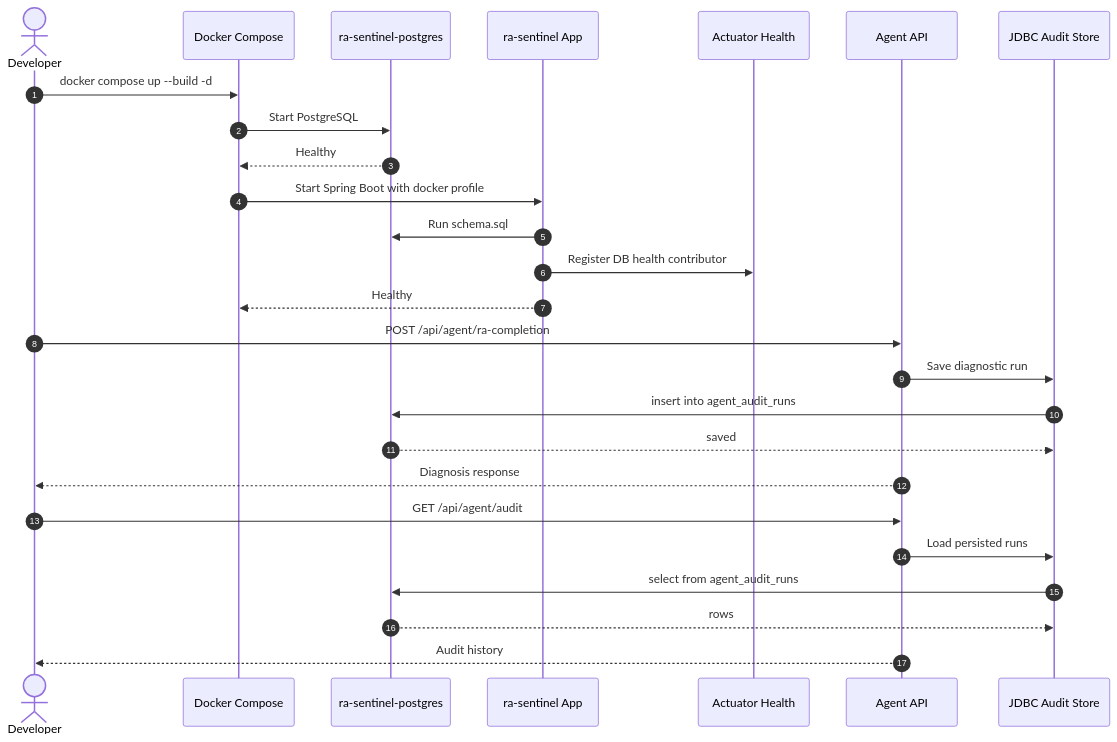
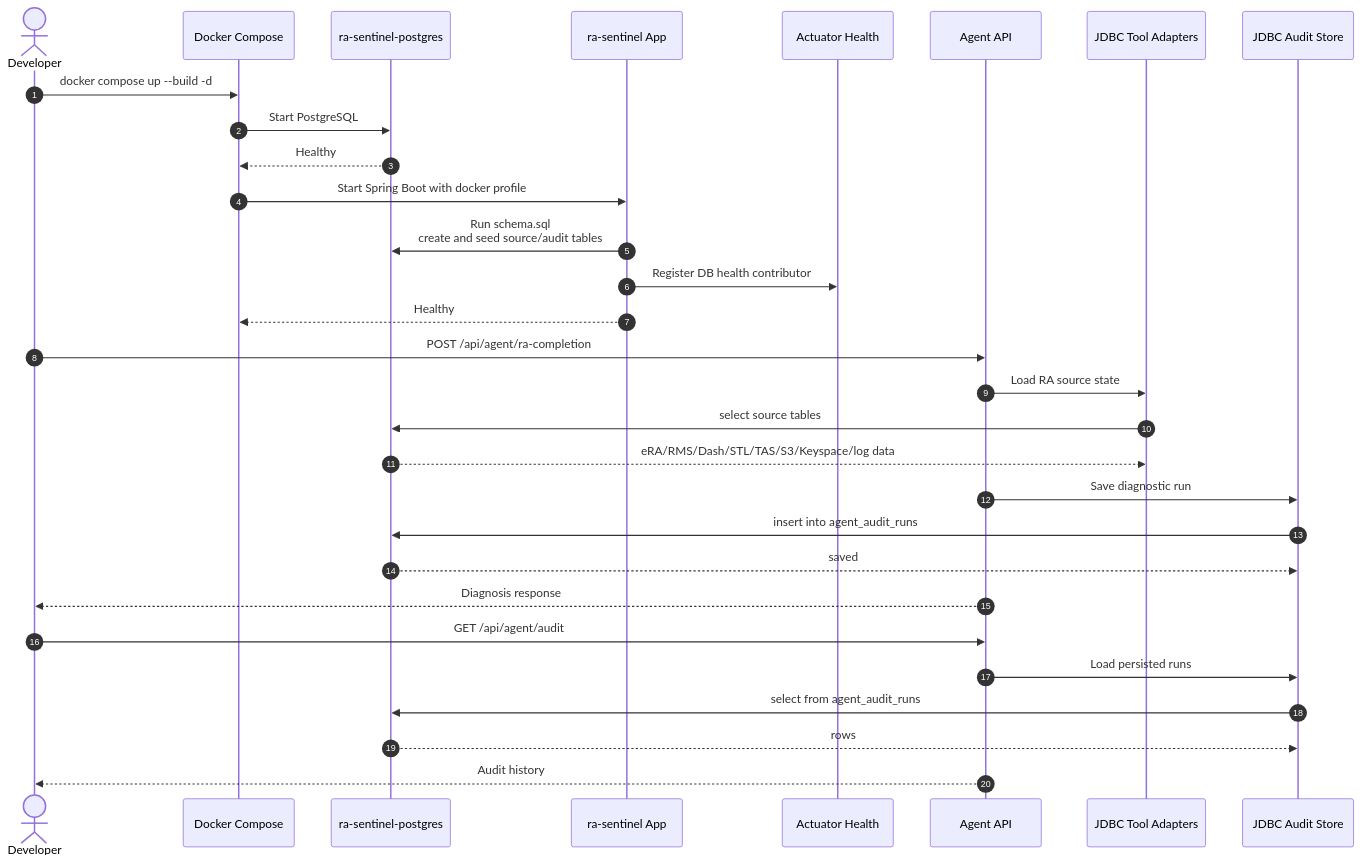
The second of 2 diagrams in docs/sequence-diagram.md (anandganapathi22/ra-sentinel), drawn with Mermaid before and after one commit. The commit also changed other lines of this file and 6 other files, not shown here.

````diff
--- a/docs/sequence-diagram.md
+++ b/docs/sequence-diagram.md
@@ -119,31 +127,35 @@
 ```mermaid
 sequenceDiagram
     autonumber
     actor Dev as Developer
     participant Compose as Docker Compose
     participant PG as ra-sentinel-postgres
     participant App as ra-sentinel App
     participant Health as Actuator Health
     participant API as Agent API
+    participant Tools as JDBC Tool Adapters
     participant Audit as JDBC Audit Store
 
     Dev->>Compose: docker compose up --build -d
     Compose->>PG: Start PostgreSQL
     PG-->>Compose: Healthy
     Compose->>App: Start Spring Boot with docker profile
-    App->>PG: Run schema.sql
+    App->>PG: Run schema.sql<br/>create and seed source/audit tables
     App->>Health: Register DB health contributor
     App-->>Compose: Healthy
 
     Dev->>API: POST /api/agent/ra-completion
+    API->>Tools: Load RA source state
+    Tools->>PG: select source tables
+    PG-->>Tools: eRA/RMS/Dash/STL/TAS/S3/Keyspace/log data
     API->>Audit: Save diagnostic run
     Audit->>PG: insert into agent_audit_runs
     PG-->>Audit: saved
     API-->>Dev: Diagnosis response
 
     Dev->>API: GET /api/agent/audit
     API->>Audit: Load persisted runs
     Audit->>PG: select from agent_audit_runs
     PG-->>Audit: rows
     API-->>Dev: Audit history
 ```
````
